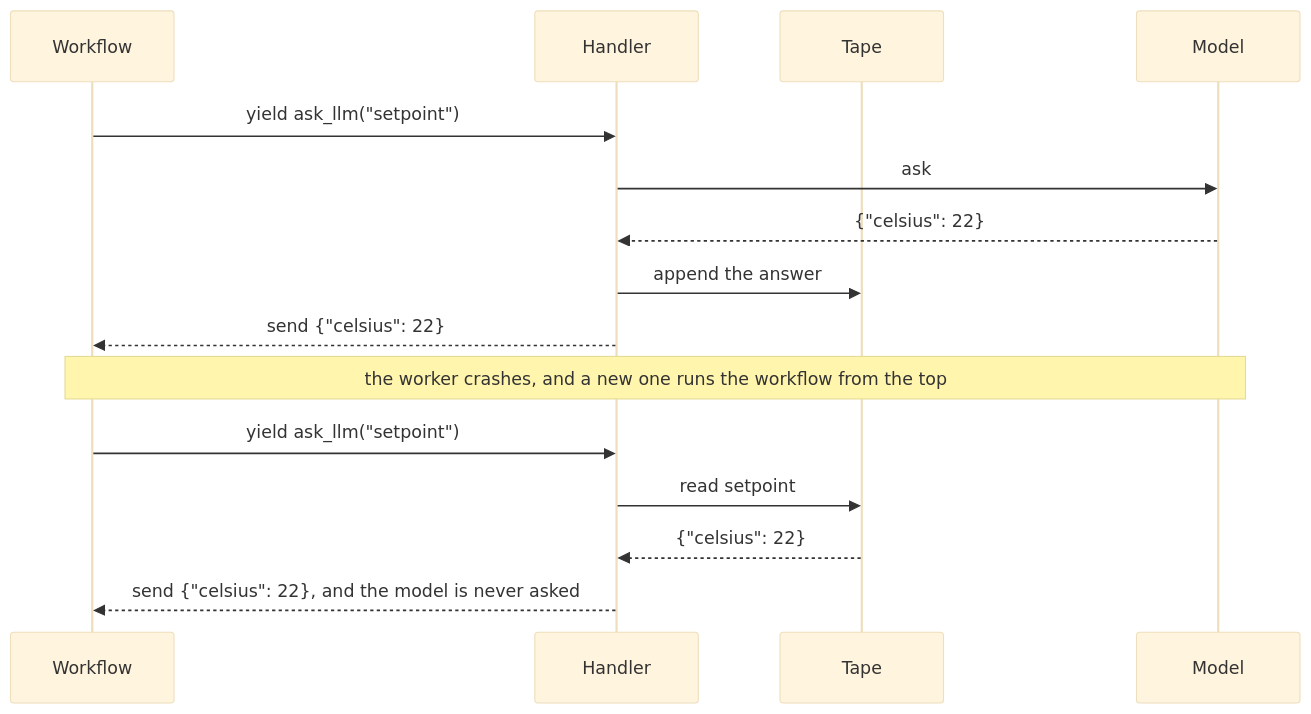
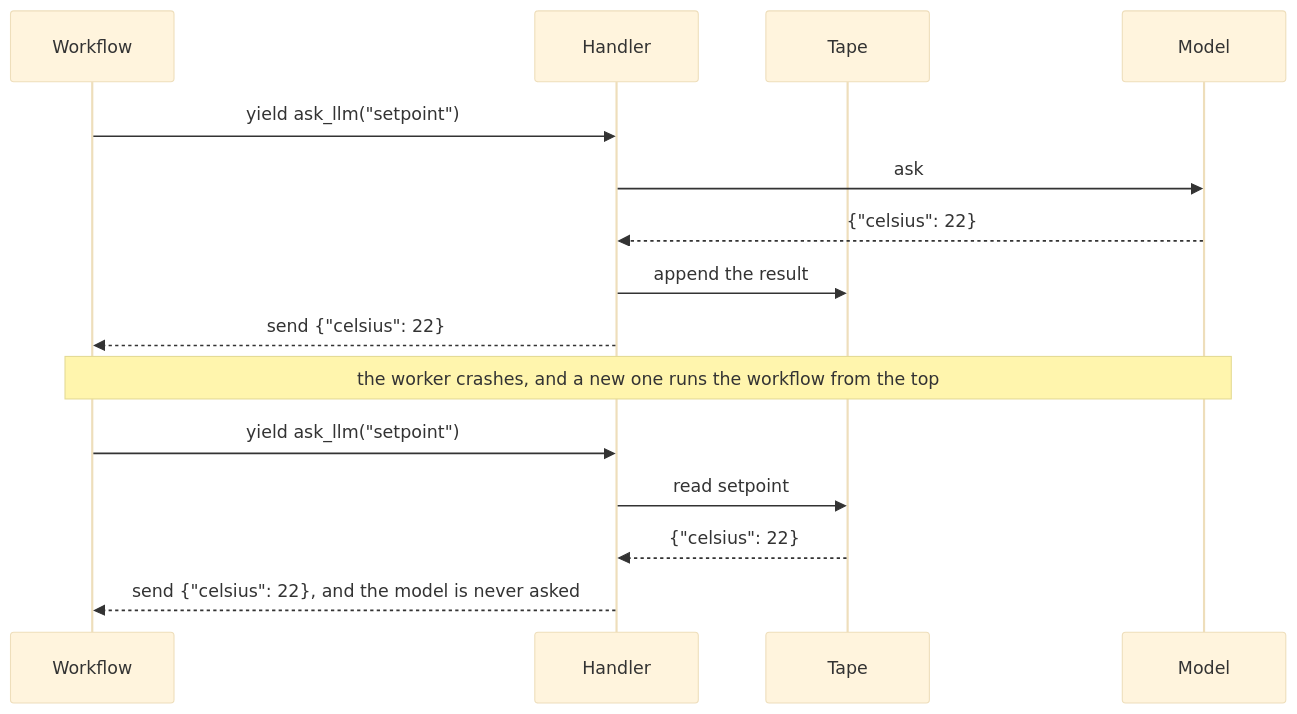
One commit to jimbaker/effective changed the second of 2 diagrams in README.md. Above: the diagram before and after it, drawn with Mermaid (base theme). The commit also changed other lines of this file and 2 other files, not shown here.

````diff
--- a/README.md
+++ b/README.md
@@ -138,17 +138,17 @@
 ```mermaid
 sequenceDiagram
     participant W as Workflow
     participant H as Handler
     participant T as Tape
     participant M as Model
     W->>H: yield ask_llm("setpoint")
     H->>M: ask
     M-->>H: {"celsius": 22}
-    H->>T: append the answer
+    H->>T: append the result
     H-->>W: send {"celsius": 22}
     Note over W,M: the worker crashes, and a new one runs the workflow from the top
     W->>H: yield ask_llm("setpoint")
     H->>T: read setpoint
     T-->>H: {"celsius": 22}
     H-->>W: send {"celsius": 22}, and the model is never asked
 ```
````
